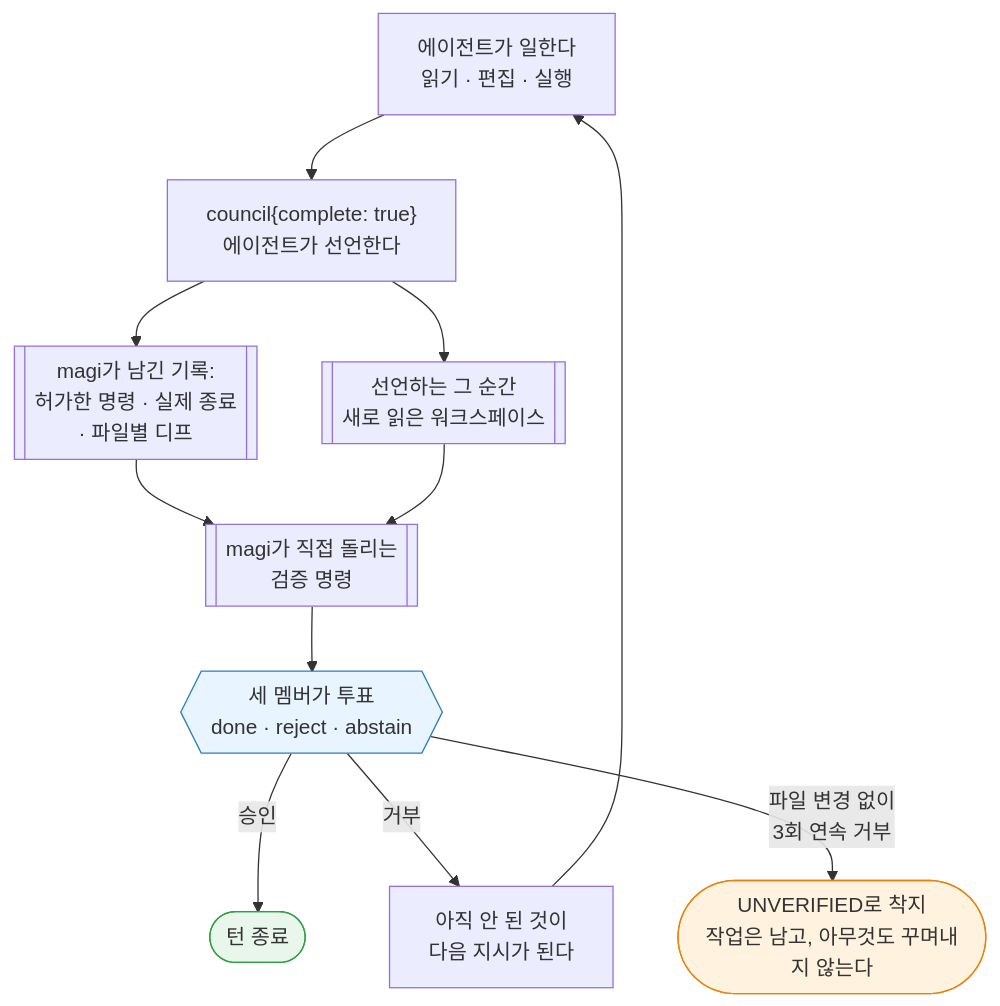
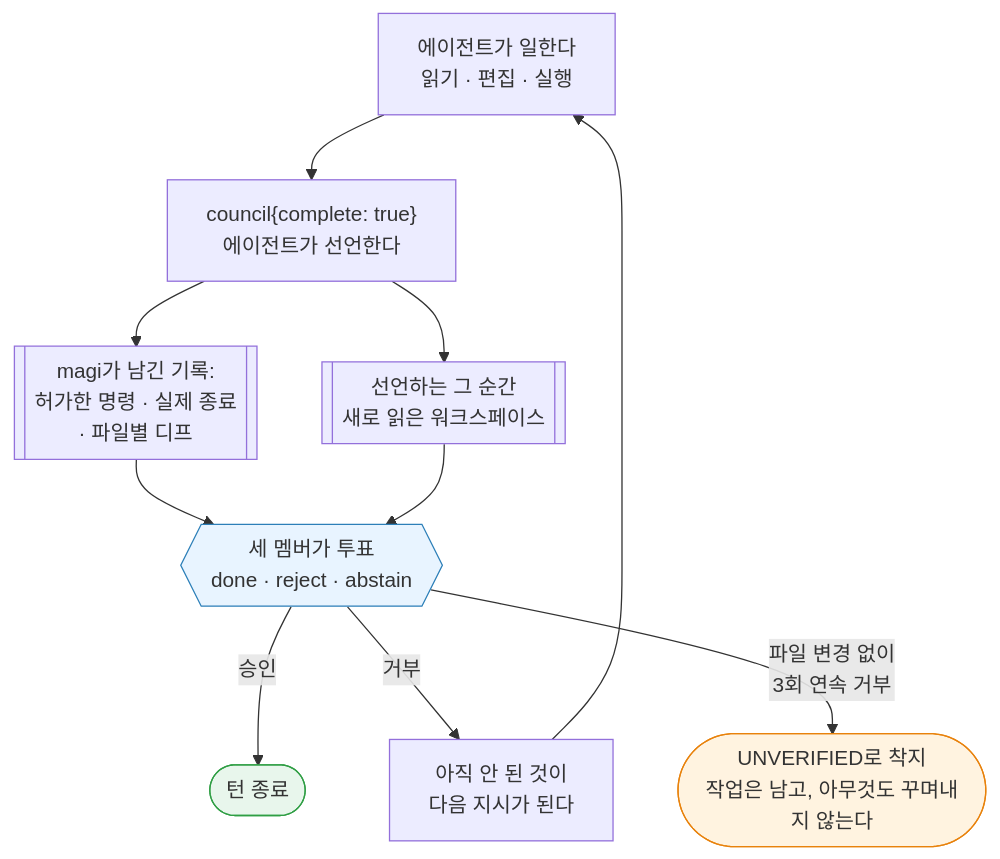
The eighth of 19 diagrams in docs/MANUAL.ko.md (sayaya1090/magi), drawn with Mermaid before and after one commit. The commit also changed other lines of this file and 11 other files, not shown here.

````diff
--- a/docs/MANUAL.ko.md
+++ b/docs/MANUAL.ko.md
@@ -1122,16 +1122,15 @@
 ```mermaid
 flowchart TD
     S[에이전트가 일한다<br/>읽기 · 편집 · 실행] --> D["council{complete: true}<br/>에이전트가 선언한다"]
     D --> REC[[magi가 남긴 기록:<br/>허가한 명령 · 실제 종료<br/>· 파일별 디프]]
     D --> NOW[[선언하는 그 순간<br/>새로 읽은 워크스페이스]]
-    REC --> V[[magi가 직접 돌리는<br/>검증 명령]]
-    NOW --> V
-    V --> M{{세 멤버가 투표<br/>done · reject · abstain}}
+    REC --> M{{세 멤버가 투표<br/>done · reject · abstain}}
+    NOW --> M
     M -->|승인| E([턴 종료])
     M -->|거부| FB[아직 안 된 것이<br/>다음 지시가 된다] --> S
     M -->|파일 변경 없이<br/>3회 연속 거부| U([UNVERIFIED로 착지<br/>작업은 남고, 아무것도 꾸며내지 않는다])
 
     style E fill:#e8f6ec,stroke:#2f9e44
     style U fill:#fff3e0,stroke:#e8820c
     style M fill:#e8f4ff,stroke:#2c7fb8
 ```
````
